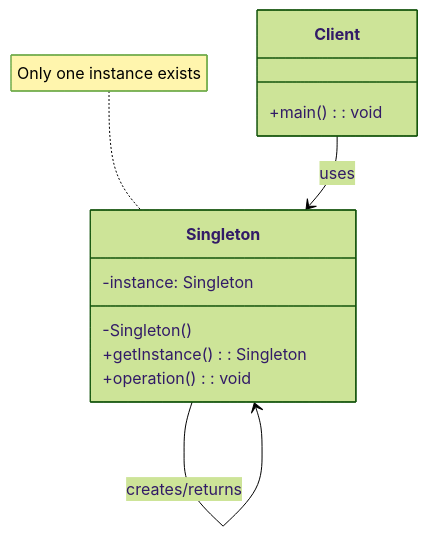
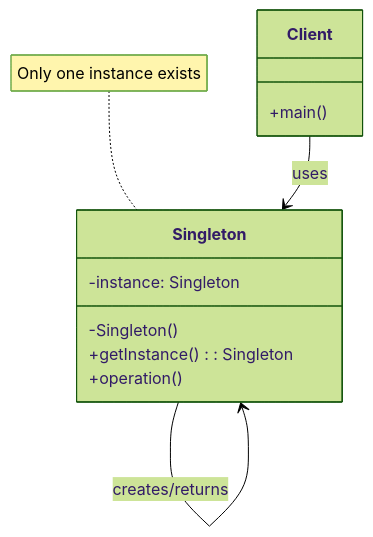
The first of 3 diagrams in resources/design-patterns/laravel/creational/singleton_en.md (fanly/DesignPattern), drawn with Mermaid (forest theme) before and after one commit. The commit also changed 103 other files, not shown here.

````diff
--- a/resources/design-patterns/laravel/creational/singleton_en.md
+++ b/resources/design-patterns/laravel/creational/singleton_en.md
@@ -11,18 +11,18 @@
 ```mermaid
 classDiagram
     class Singleton {
         -instance: Singleton
         -Singleton()
         +getInstance(): Singleton
-        +operation(): void
+        +operation()
     }
     
     class Client {
-        +main(): void
+        +main()
     }
     
     Client --> Singleton : uses
     Singleton --> Singleton : creates/returns
     
     note for Singleton "Only one instance exists"
 ```
````
